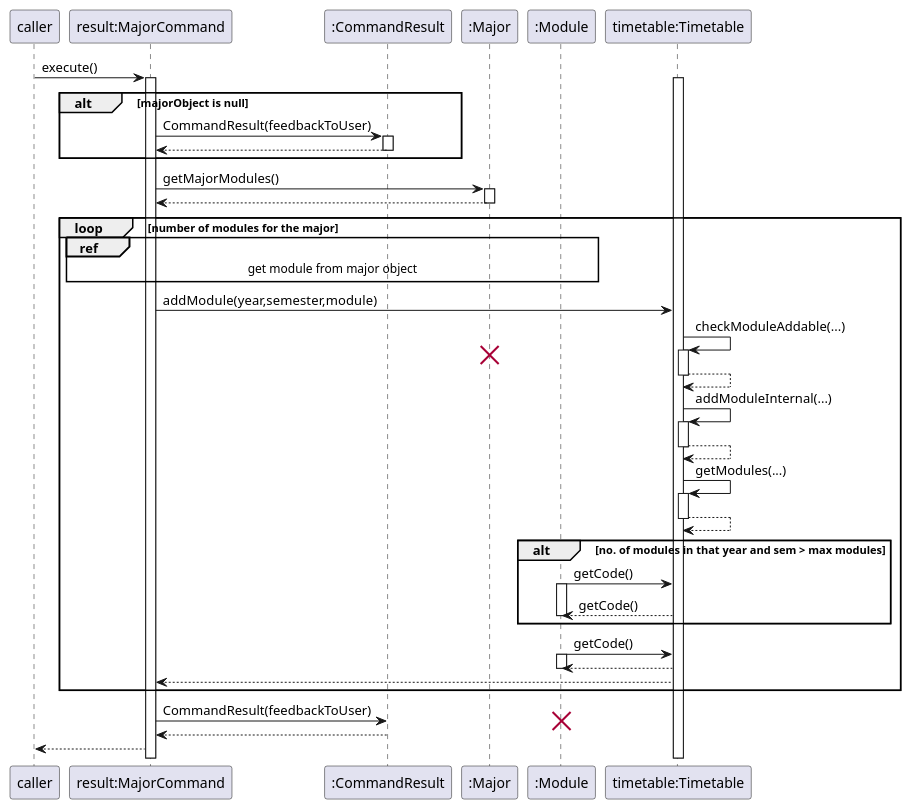
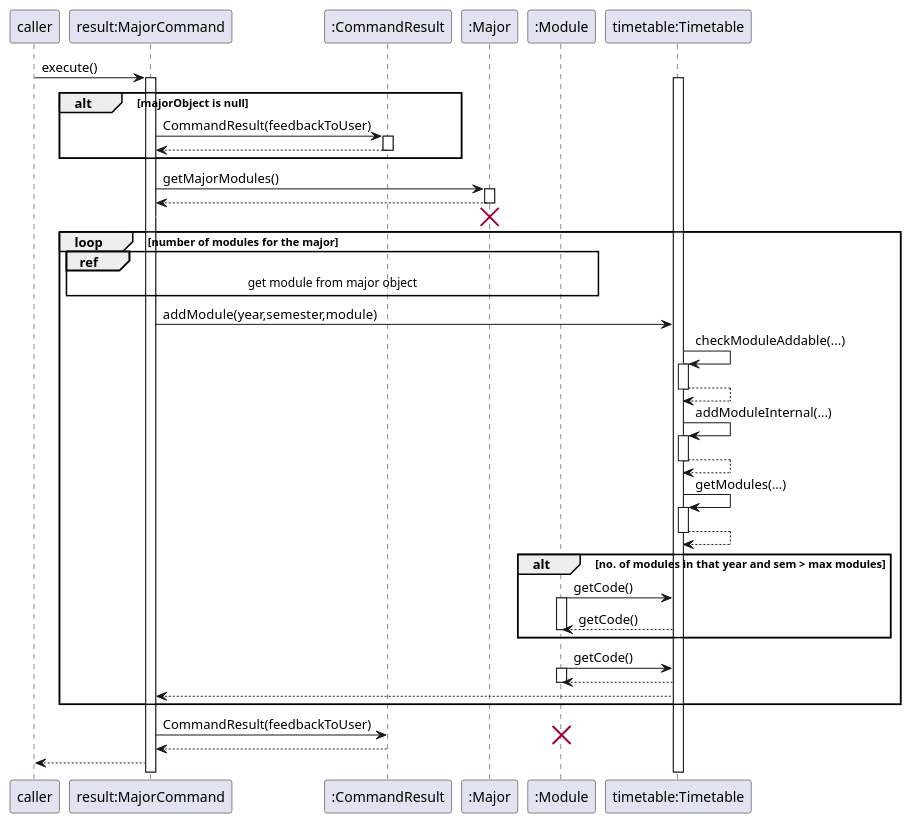
One commit to mendax1234/tp changed the diagram in docs/diagrams/majorCommand.puml. Above: the diagram before and after it, drawn with PlantUML. The commit also changed 3 other files, not shown here.

Commit message:
Fix MajorCommand sequence diagram

```diff
--- a/docs/diagrams/majorCommand.puml
+++ b/docs/diagrams/majorCommand.puml
@@ -1,66 +1,67 @@
 @startuml
 'https://plantuml.com/sequence-diagram
 
 participant "caller"
 participant "result:MajorCommand"
 participant ":CommandResult"
 participant ":Major"
 participant ":Module"
 participant "timetable:Timetable"
 
 caller-> "result:MajorCommand": execute()
 activate "result:MajorCommand"
 activate "timetable:Timetable"
 alt majorObject is null
     "result:MajorCommand" -> ":CommandResult": CommandResult(feedbackToUser)
     activate ":CommandResult"
     "result:MajorCommand" <-- ":CommandResult"
     deactivate ":CommandResult"
 end
 "result:MajorCommand" -> ":Major":getMajorModules()
 activate ":Major"
 "result:MajorCommand" <-- ":Major"
 deactivate ":Major"
+"result:MajorCommand" -[#white]-> ":Major"
+destroy ":Major"
 loop number of modules for the major
     ref over "result:MajorCommand", ":Module": get module from major object
     "result:MajorCommand" -> "timetable:Timetable": addModule(year,semester,module)
     "timetable:Timetable" -> "timetable:Timetable": checkModuleAddable(...)
     activate "timetable:Timetable"
-    destroy ":Major"
     "timetable:Timetable" --> "timetable:Timetable"
     deactivate "timetable:Timetable"
 
     "timetable:Timetable" -> "timetable:Timetable": addModuleInternal(...)
     activate "timetable:Timetable"
     "timetable:Timetable" --> "timetable:Timetable"
     deactivate "timetable:Timetable"
 
     "timetable:Timetable" -> "timetable:Timetable": getModules(...)
     activate "timetable:Timetable"
     "timetable:Timetable" --> "timetable:Timetable"
     deactivate "timetable:Timetable"
 
     alt no. of modules in that year and sem > max modules
         "timetable:Timetable" <- ":Module": getCode()
         activate ":Module"
         "timetable:Timetable" --> ":Module": getCode()
         deactivate ":Module"
 
     end alt
 
     "timetable:Timetable" <- ":Module": getCode()
     activate ":Module"
     "timetable:Timetable" --> ":Module"
     deactivate ":Module"
 
     "result:MajorCommand" <-- "timetable:Timetable"
 end
 
 "result:MajorCommand" -> ":CommandResult": CommandResult(feedbackToUser)
 destroy ":Module"
 "result:MajorCommand" <-- ":CommandResult"
 
 caller<--"result:MajorCommand"
 
 
 @enduml
```
